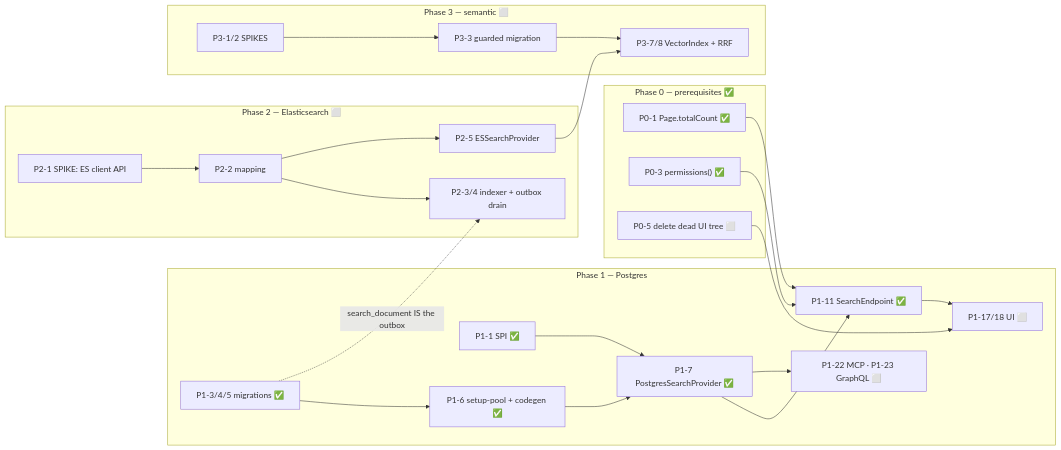
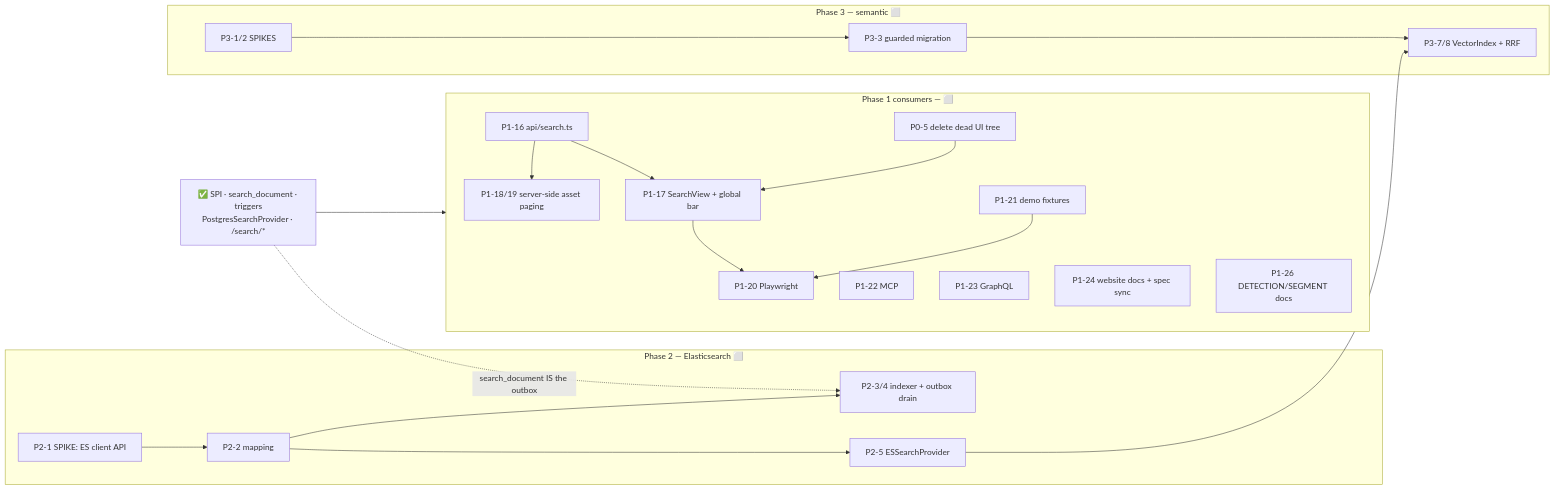
One commit to metaloom/metaloom changed the diagram in spec/features/search/SEARCH_PLAN.md. Above: the diagram before and after it, drawn with Mermaid. The commit also changed other lines of this file and 53 other files, not shown here.

````diff
--- a/spec/features/search/SEARCH_PLAN.md
+++ b/spec/features/search/SEARCH_PLAN.md
@@ -27,30 +55,27 @@
 ```mermaid
 graph LR
-    subgraph P0["Phase 0 — prerequisites ✅"]
-        A["P0-1 Page.totalCount ✅"]
-        B["P0-3 permissions() ✅"]
-        C["P0-5 delete dead UI tree ⬜"]
-    end
-    subgraph P1["Phase 1 — Postgres"]
-        D["P1-1 SPI ✅"] --> G
-        E["P1-3/4/5 migrations ✅"] --> F["P1-6 setup-pool + codegen ✅"]
-        F --> G["P1-7 PostgresSearchProvider ✅"]
-        G --> H["P1-11 SearchEndpoint ✅"]
-        G --> I["P1-22 MCP · P1-23 GraphQL ⬜"]
-        H --> J["P1-17/18 UI ⬜"]
+    BUILT["✅ SPI · search_document · triggers<br/>PostgresSearchProvider · /search/*"]
+    subgraph C["Phase 1 consumers — ⬜"]
+        U1["P1-16 api/search.ts"] --> U2["P1-17 SearchView + global bar"]
+        U1 --> U3["P1-18/19 server-side asset paging"]
+        P05["P0-5 delete dead UI tree"] --> U2
+        U2 --> U4["P1-20 Playwright"]
+        D1["P1-21 demo fixtures"] --> U4
+        M1["P1-22 MCP"]
+        G1["P1-23 GraphQL"]
+        W1["P1-24 website docs + spec sync"]
+        E1["P1-26 DETECTION/SEGMENT docs"]
     end
     subgraph P2["Phase 2 — Elasticsearch ⬜"]
         K["P2-1 SPIKE: ES client API"] --> L["P2-2 mapping"]
         L --> M["P2-3/4 indexer + outbox drain"]
         L --> N["P2-5 ESSearchProvider"]
     end
     subgraph P3["Phase 3 — semantic ⬜"]
         O["P3-1/2 SPIKES"] --> P["P3-3 guarded migration"]
         P --> Q["P3-7/8 VectorIndex + RRF"]
     end
-    A --> H
-    B --> H
-    C --> J
-    E -.->|"search_document IS the outbox"| M
+    BUILT --> C
+    BUILT -.->|"search_document IS the outbox"| M
     N --> Q
 ```
````
